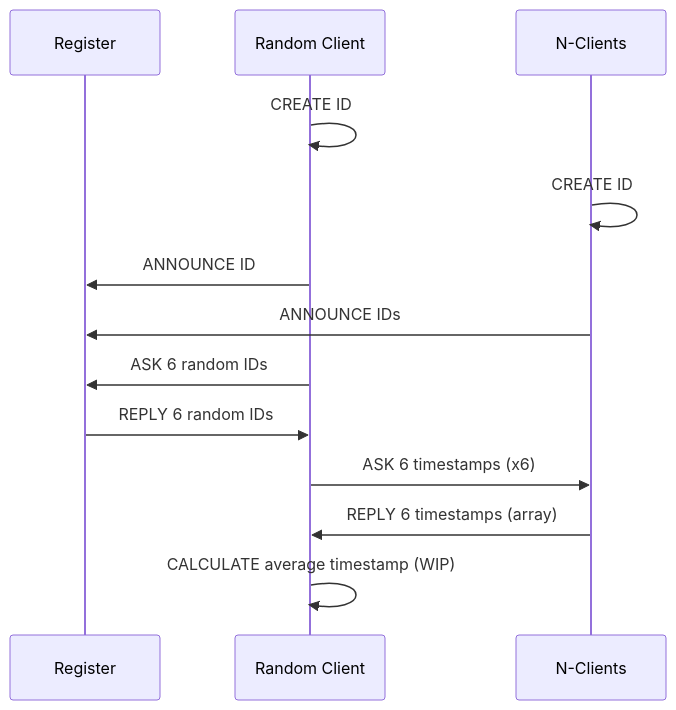
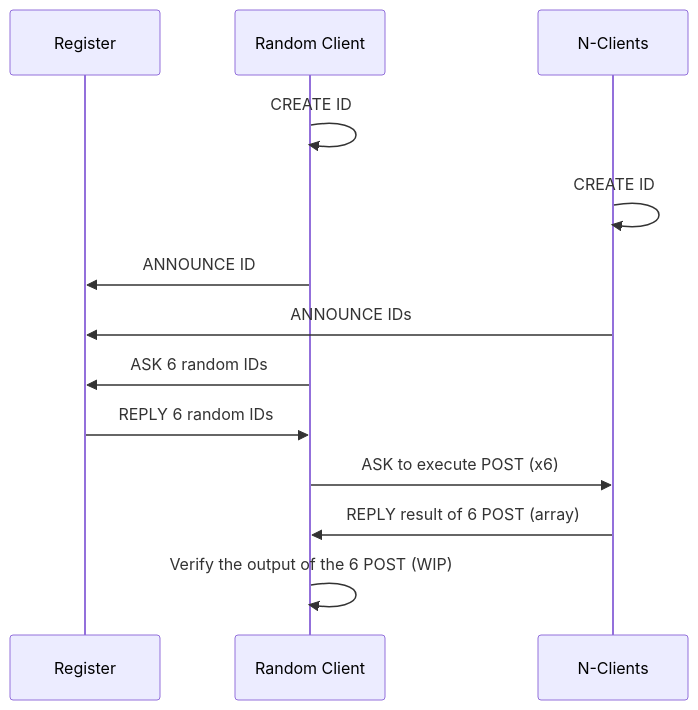
Before and after one commit to dyne/zenswarm: the diagram in README.md, drawn with Mermaid. The commit also changed other lines of this file, not shown here.

````diff
--- a/README.md
+++ b/README.md
@@ -19,15 +24,15 @@
 ``` mermaid
 sequenceDiagram
     participant R as Register
     participant C1 as Random Client
     participant Cn as N-Clients
     C1->>C1: CREATE ID
     Cn->>Cn: CREATE ID
     C1->>R: ANNOUNCE ID
     Cn->>R: ANNOUNCE IDs
     C1->>R: ASK 6 random IDs
     R->>C1: REPLY 6 random IDs
-    C1->>Cn: ASK 6 timestamps (x6)
-    Cn->>C1: REPLY 6 timestamps (array)
-    C1->>C1: CALCULATE average timestamp (WIP)
+    C1->>Cn: ASK to execute POST  (x6)
+    Cn->>C1: REPLY result of 6 POST (array)
+    C1->>C1: Verify the output of the 6 POST (WIP)
 ```
````
